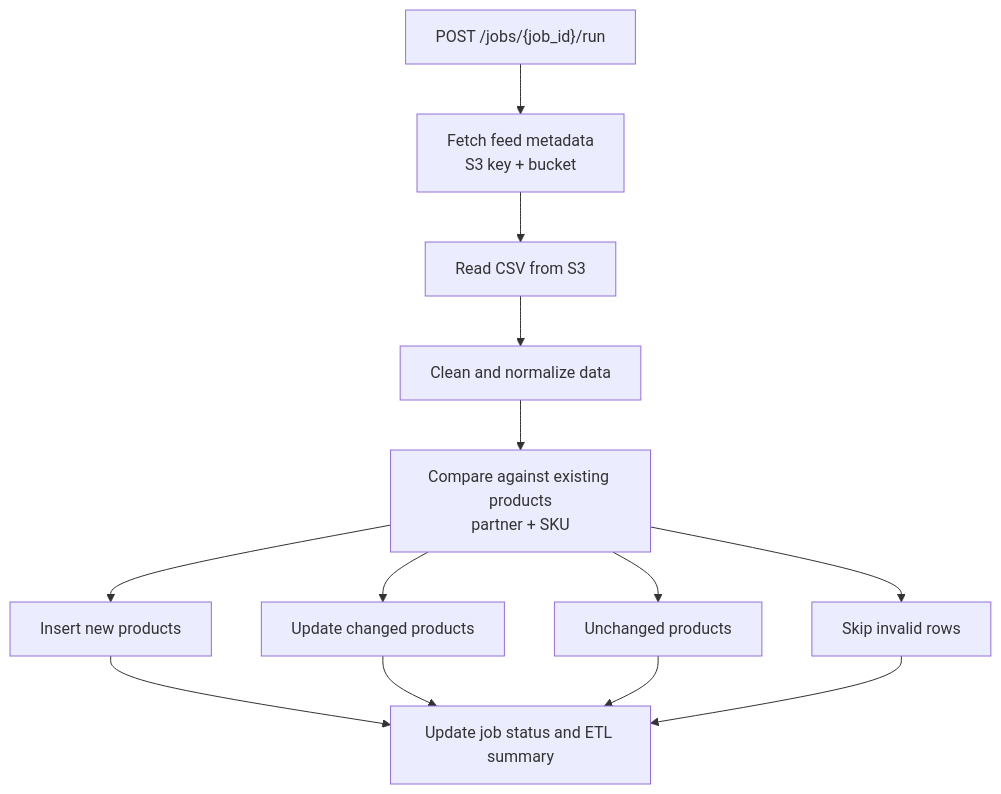
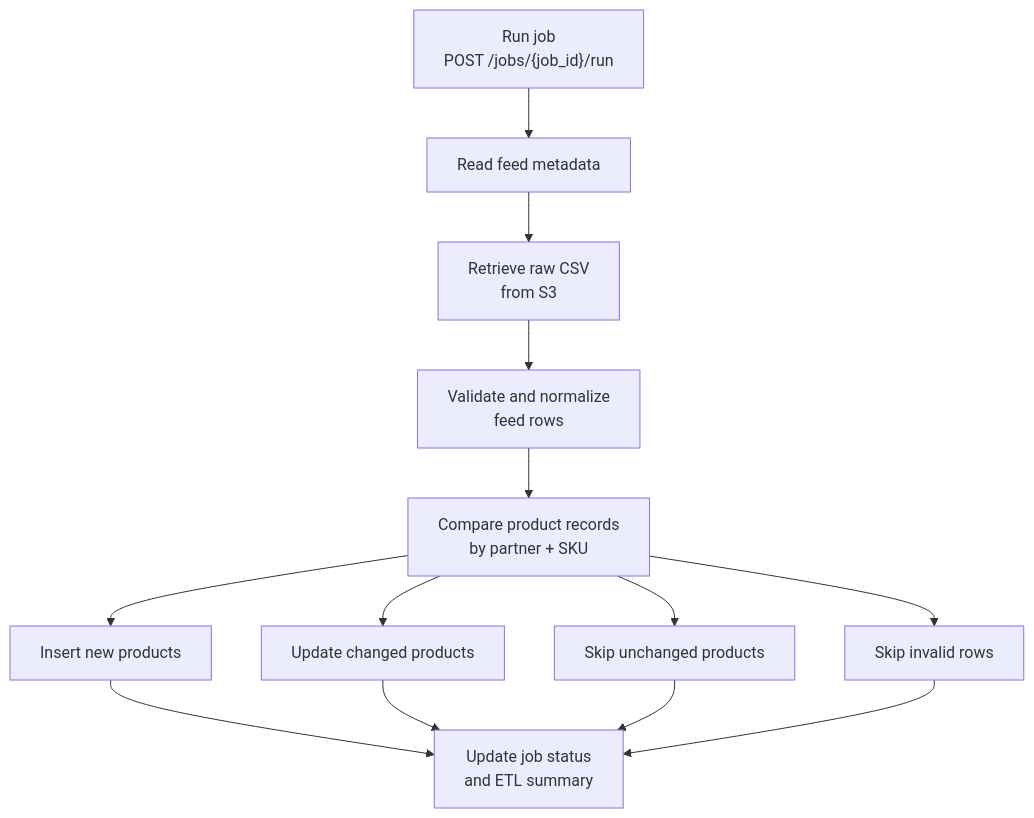
Before and after one commit to rayajose/writing-portfolio: the second of 3 diagrams in docs/api/architecture.md, drawn with Mermaid. The commit also changed other lines of this file and 8 other files, not shown here.

````diff
--- a/docs/api/architecture.md
+++ b/docs/api/architecture.md
@@ -218,17 +177,40 @@
 ```mermaid
 flowchart TD
-    A["POST /jobs/{job_id}/run"] --> B["Fetch feed metadata<br>S3 key + bucket"]
-    B --> C["Read CSV from S3"]
-    C --> D["Clean and normalize data"]
-    D --> E["Compare against existing products<br>partner + SKU"]
 
-    E --> F["Insert new products"]
-    E --> G["Update changed products"]
-    E --> H["Unchanged products"]
-    E --> I["Skip invalid rows"]
+    A["Run job
+    POST /jobs/{job_id}/run"]
 
-    F --> J["Update job status and ETL summary"]
+    B["Read feed metadata"]
+
+    C["Retrieve raw CSV
+    from S3"]
+
+    D["Validate and normalize
+    feed rows"]
+
+    E["Compare product records
+    by partner + SKU"]
+
+    F["Insert new products"]
+    G["Update changed products"]
+    H["Skip unchanged products"]
+    I["Skip invalid rows"]
+
+    J["Update job status
+    and ETL summary"]
+
+    A --> B
+    B --> C
+    C --> D
+    D --> E
+
+    E --> F
+    E --> G
+    E --> H
+    E --> I
+
+    F --> J
     G --> J
     H --> J
     I --> J
 ```
````
